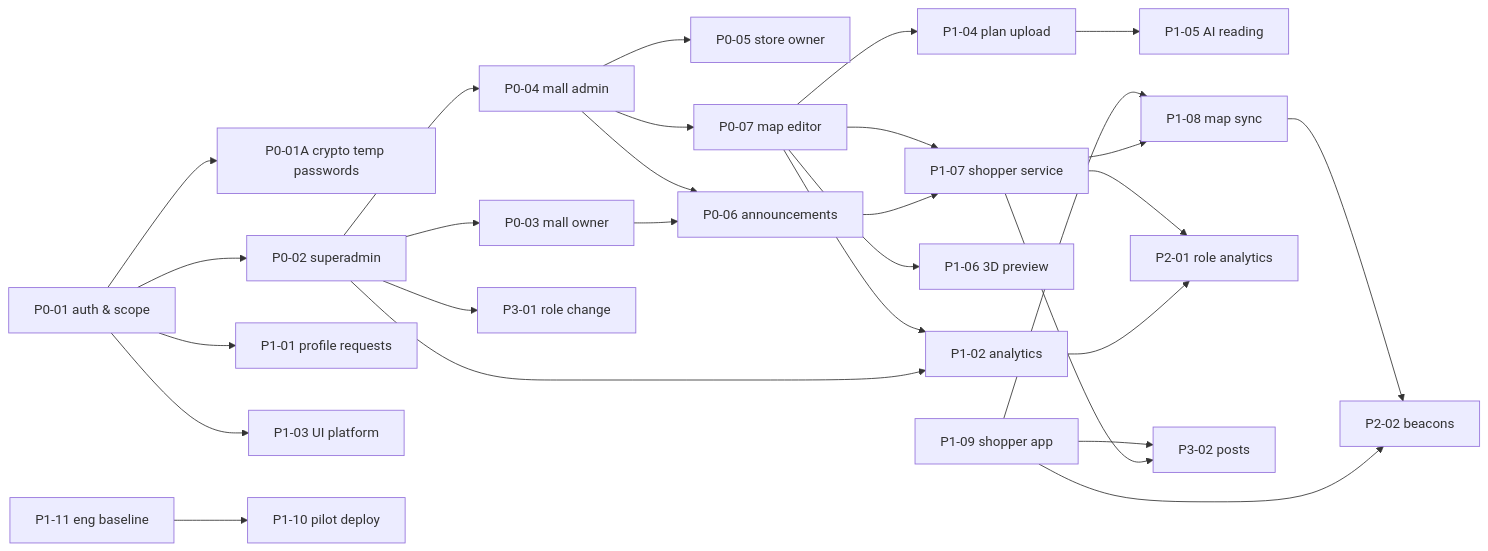
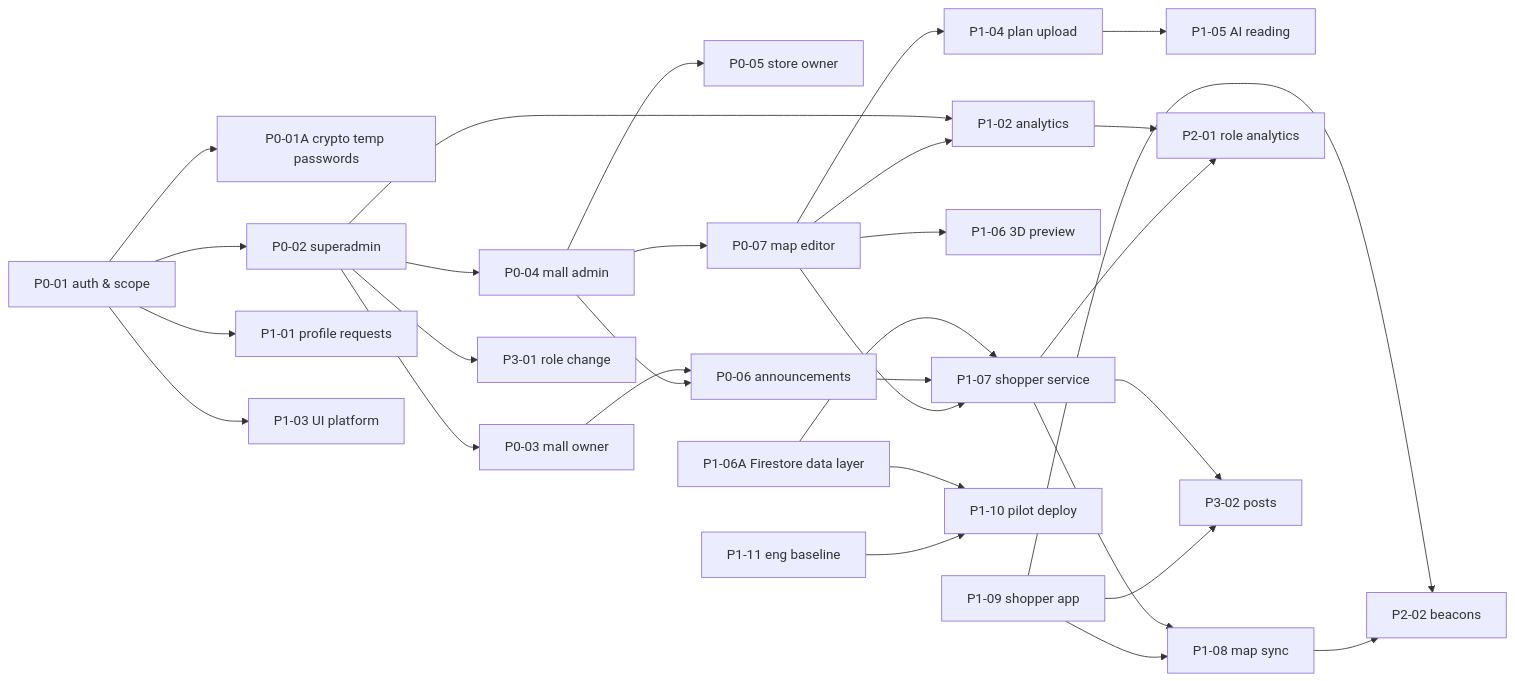
Before and after one commit to DynamIQ-Enterprise-Solutions/LIQo: the diagram in FEATURE_PIPELINE.md, drawn with Mermaid. The commit also changed other lines of this file and 4 other files, not shown here.

````diff
--- a/FEATURE_PIPELINE.md
+++ b/FEATURE_PIPELINE.md
@@ -435,30 +466,32 @@
 ```mermaid
 flowchart LR
   P001[P0-01 auth & scope] --> P001A[P0-01A crypto temp passwords]
   P001 --> P002[P0-02 superadmin]
   P001 --> P101[P1-01 profile requests]
   P001 --> P103[P1-03 UI platform]
   P002 --> P003[P0-03 mall owner]
   P002 --> P004[P0-04 mall admin]
   P002 --> P301[P3-01 role change]
   P004 --> P005[P0-05 store owner]
   P003 --> P006[P0-06 announcements]
   P004 --> P006
   P004 --> P007[P0-07 map editor]
   P002 --> P102[P1-02 analytics]
   P007 --> P102
   P007 --> P104[P1-04 plan upload]
   P104 --> P105[P1-05 AI reading]
   P007 --> P106[P1-06 3D preview]
+  P106A[P1-06A Firestore data layer] --> P107
+  P106A --> P110
   P006 --> P107[P1-07 shopper service]
   P007 --> P107
   P107 --> P108[P1-08 map sync]
   P109[P1-09 shopper app] --> P108
   P111[P1-11 eng baseline] --> P110[P1-10 pilot deploy]
   P102 --> P201[P2-01 role analytics]
   P107 --> P201
   P109 --> P202[P2-02 beacons]
   P108 --> P202
   P107 --> P302[P3-02 posts]
   P109 --> P302
 ```
````
